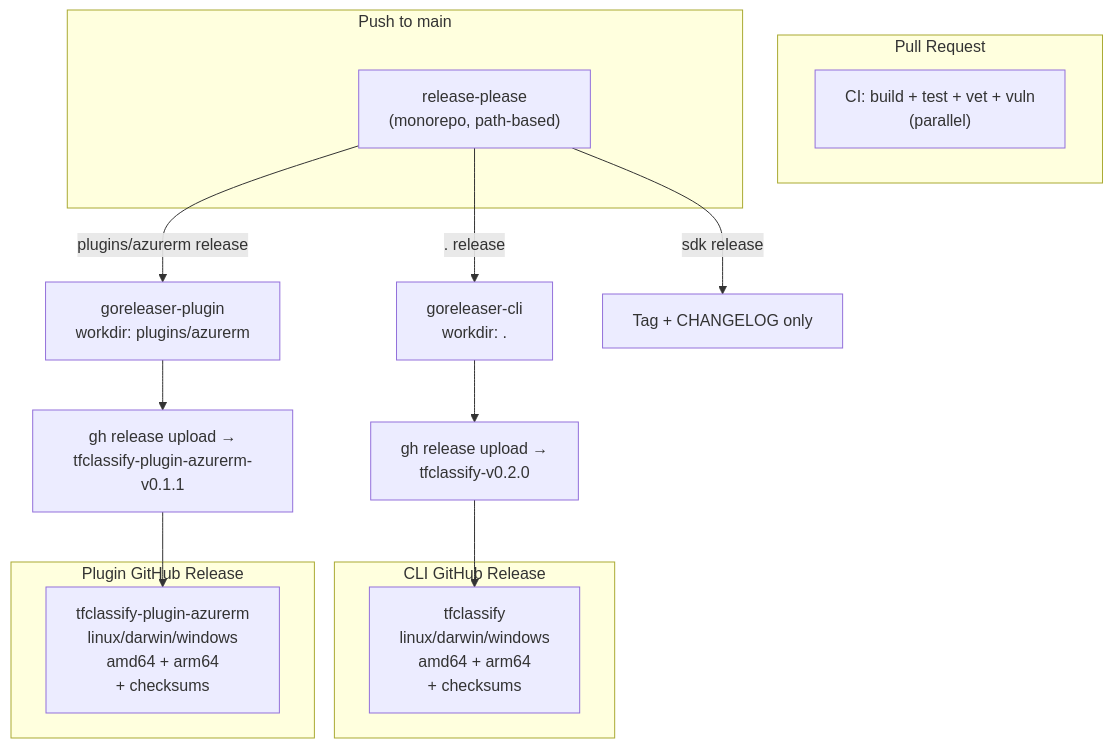
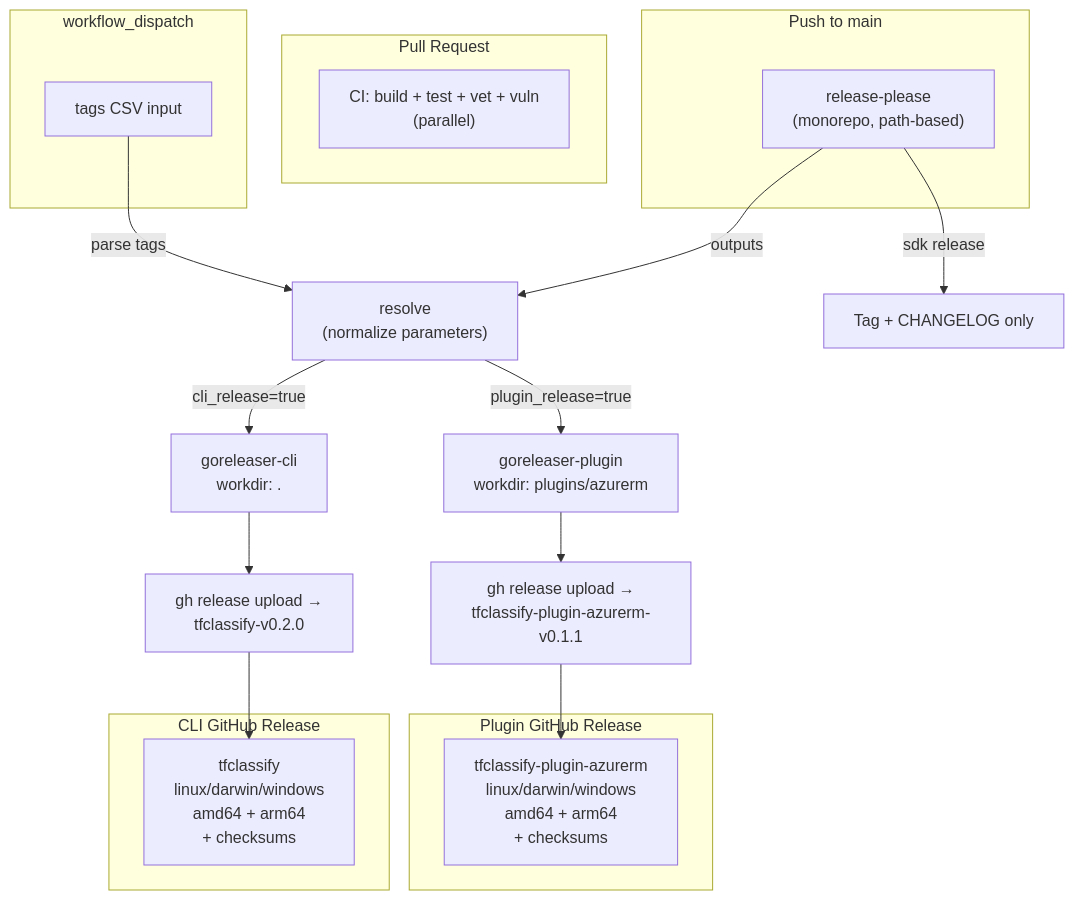
The fourth of 5 diagrams in docs/cr/CR-0020-github-actions-ci-cd-workflows.md (jokarl/tfclassify), drawn with Mermaid before and after one commit. The commit also changed other lines of this file and 1 other file, not shown here.

First line of the commit message:
checkpoint(CR-0020): Add workflow_dispatch recovery to release workflow

````diff
--- a/docs/cr/CR-0020-github-actions-ci-cd-workflows.md
+++ b/docs/cr/CR-0020-github-actions-ci-cd-workflows.md
@@ -255,28 +292,35 @@
 ```mermaid
 flowchart TD
     subgraph PR["Pull Request"]
         PR_CI["CI: build + test + vet + vuln<br/>(parallel)"]
     end
 
     subgraph Main["Push to main"]
         MAIN_RP["release-please<br/>(monorepo, path-based)"]
     end
 
-    MAIN_RP -->|". release"| CLI_GR["goreleaser-cli<br/>workdir: ."]
-    MAIN_RP -->|"plugins/azurerm release"| PLG_GR["goreleaser-plugin<br/>workdir: plugins/azurerm"]
+    subgraph Manual["workflow_dispatch"]
+        TAGS["tags CSV input"]
+    end
+
+    MAIN_RP -->|"outputs"| RESOLVE["resolve<br/>(normalize parameters)"]
+    TAGS -->|"parse tags"| RESOLVE
+
+    RESOLVE -->|"cli_release=true"| CLI_GR["goreleaser-cli<br/>workdir: ."]
+    RESOLVE -->|"plugin_release=true"| PLG_GR["goreleaser-plugin<br/>workdir: plugins/azurerm"]
     MAIN_RP -->|"sdk release"| SDK_REL["Tag + CHANGELOG only"]
 
     CLI_GR --> CLI_UP["gh release upload →<br/>tfclassify-v0.2.0"]
     PLG_GR --> PLG_UP["gh release upload →<br/>tfclassify-plugin-azurerm-v0.1.1"]
 
     subgraph CLI_REL["CLI GitHub Release"]
         CLI_BIN["tfclassify<br/>linux/darwin/windows<br/>amd64 + arm64<br/>+ checksums"]
     end
 
     subgraph PLG_REL["Plugin GitHub Release"]
         PLG_BIN["tfclassify-plugin-azurerm<br/>linux/darwin/windows<br/>amd64 + arm64<br/>+ checksums"]
     end
 
     CLI_UP --> CLI_BIN
     PLG_UP --> PLG_BIN
 ```
````
